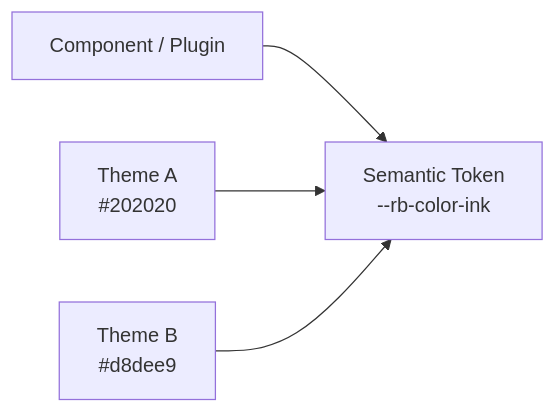
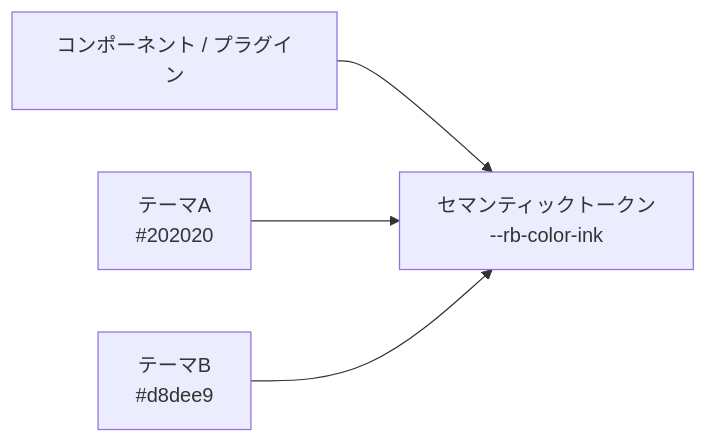
Before and after one commit to Rerurate514/riebeckite: the third of 10 diagrams in docs/docs/reference/theme-api.ja.md, drawn with Mermaid. The commit also changed other lines of this file and 310 other files, not shown here.

````diff
--- a/docs/docs/reference/theme-api.ja.md
+++ b/docs/docs/reference/theme-api.ja.md
@@ -145,11 +143,11 @@
 ```mermaid id="n1td48"
 flowchart LR
-    Component["Component / Plugin"]
-    Token["Semantic Token<br/>--rb-color-ink"]
-    ThemeA["Theme A<br/>#202020"]
-    ThemeB["Theme B<br/>#d8dee9"]
+    Component["コンポーネント / プラグイン"]
+    Token["セマンティックトークン<br/>--rb-color-ink"]
+    ThemeA["テーマA<br/>#202020"]
+    ThemeB["テーマB<br/>#d8dee9"]
 
     Component --> Token
     ThemeA --> Token
     ThemeB --> Token
 ```
````
